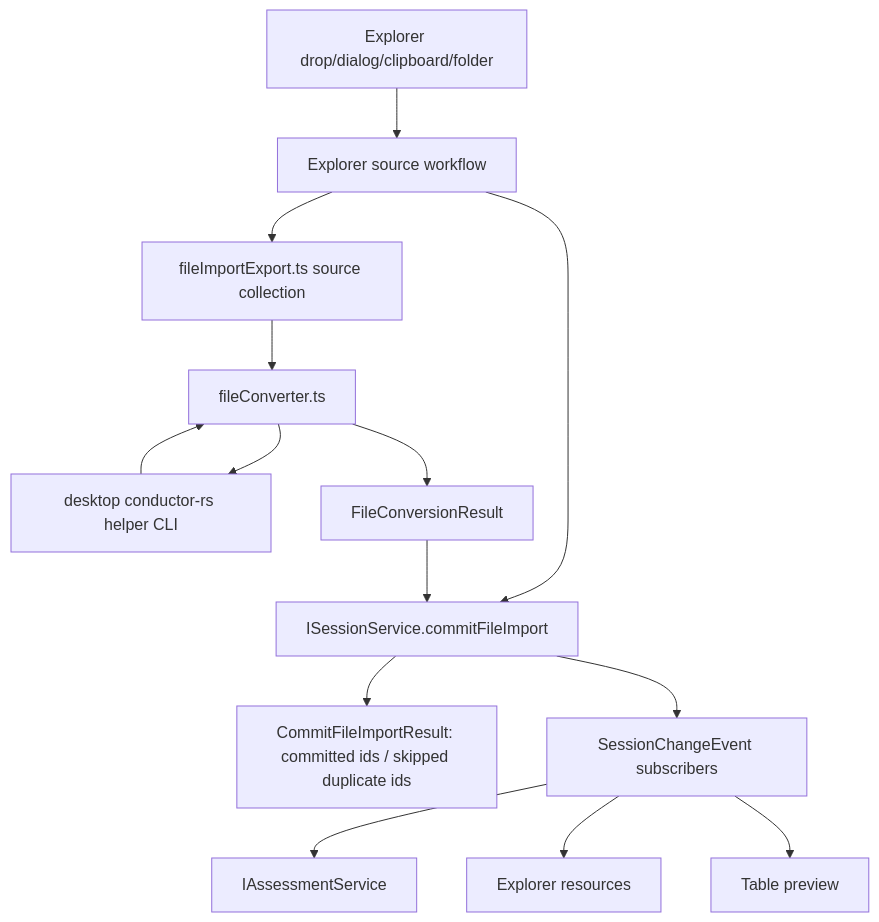
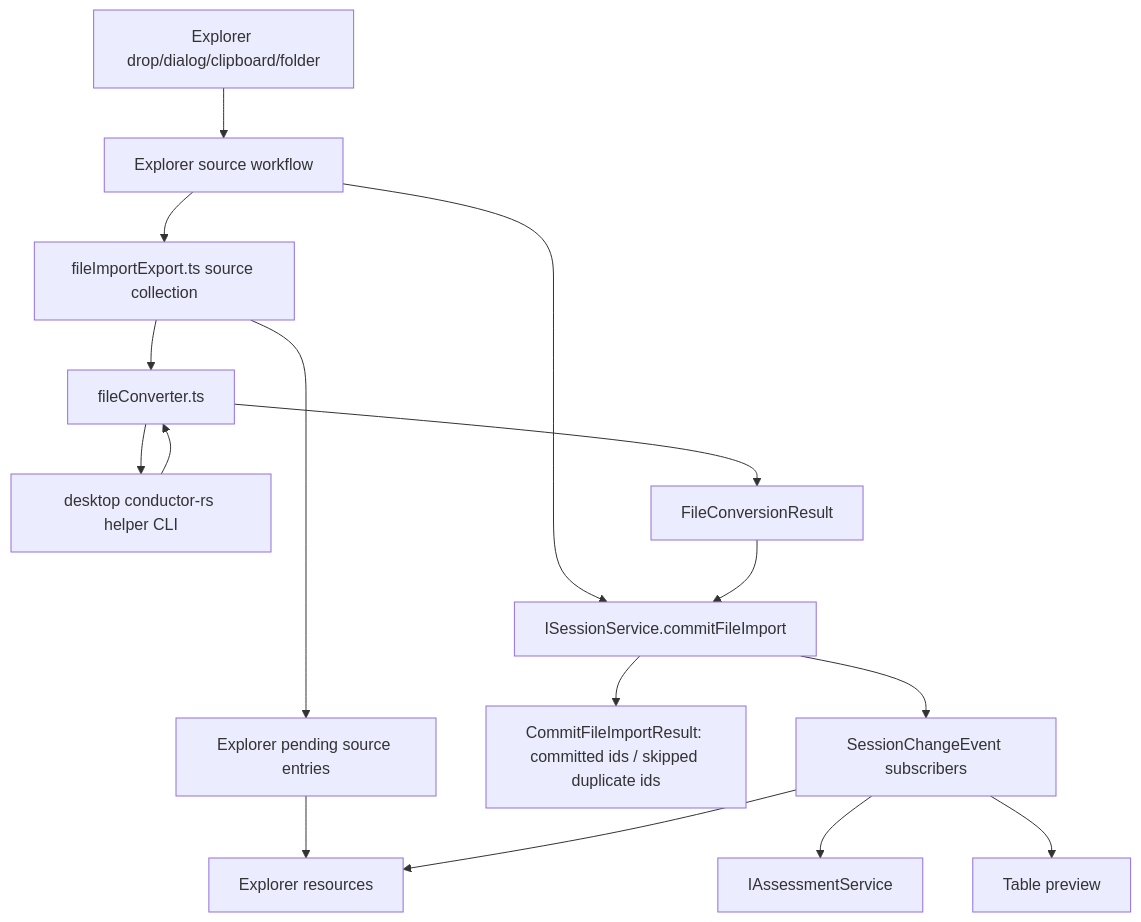
Before and after one commit to chogng/conductor: the diagram in .github/instructions/files.instructions.md, drawn with Mermaid. The commit also changed other lines of this file and 11 other files, not shown here.

Commit message:
Add pending explorer source rows and adaptive rust pool sizing

````diff
--- a/.github/instructions/files.instructions.md
+++ b/.github/instructions/files.instructions.md
@@ -231,16 +231,18 @@
 ```mermaid
 flowchart TD
     User[Explorer drop/dialog/clipboard/folder] --> Workflow[Explorer source workflow]
     Workflow --> Source[fileImportExport.ts source collection]
+    Source --> Pending[Explorer pending source entries]
+    Pending --> Explorer
     Source --> Converter[fileConverter.ts]
     Converter --> DesktopRust[desktop conductor-rs helper CLI]
     DesktopRust --> Converter
     Converter --> Result[FileConversionResult]
     Workflow --> Session[ISessionService.commitFileImport]
     Session --> WorkflowResult[CommitFileImportResult: committed ids / skipped duplicate ids]
     Result --> Session
     Session --> Consumers[SessionChangeEvent subscribers]
     Consumers --> Assessment[IAssessmentService]
     Consumers --> Explorer[Explorer resources]
     Consumers --> Table[Table preview]
 ```
````
